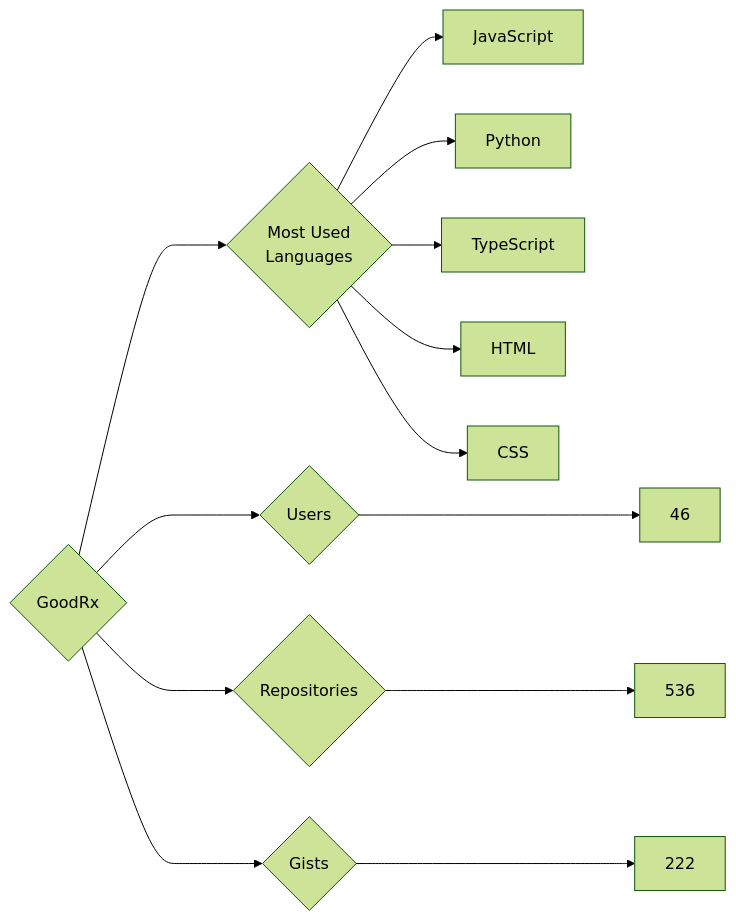
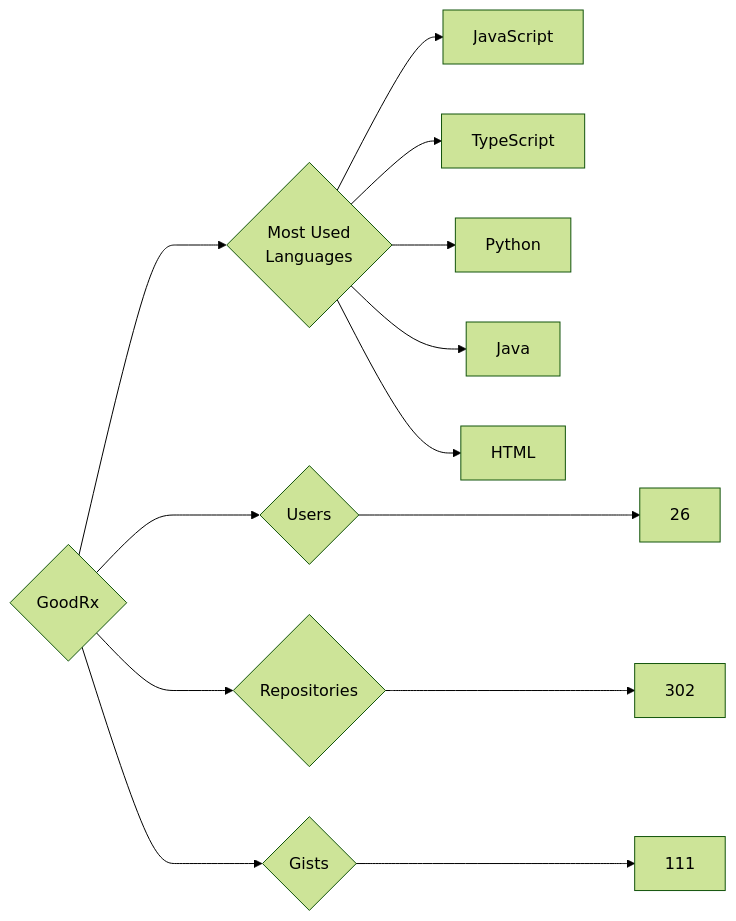
One commit to trickest/insiders changed the diagram in targets/GoodRx/README.md. Above: the diagram before and after it, drawn with Mermaid (forest theme). The commit also changed 633 other files, not shown here.

````diff
--- a/targets/GoodRx/README.md
+++ b/targets/GoodRx/README.md
@@ -3,13 +3,13 @@
 ```mermaid
 graph LR
 COMPANY_NAME{GoodRx}
-COMPANY_NAME ---> U{Users} ---> UN[46]
-COMPANY_NAME ---> R{Repositories} ---> RN[536]
-COMPANY_NAME ---> G{Gists} ---> GN[222]
+COMPANY_NAME ---> U{Users} ---> UN[26]
+COMPANY_NAME ---> R{Repositories} ---> RN[302]
+COMPANY_NAME ---> G{Gists} ---> GN[111]
 COMPANY_NAME ---> ML{Most Used<br>Languages}
 ML --> JavaScript[JavaScript]
+ML --> TypeScript[TypeScript]
 ML --> Python[Python]
-ML --> TypeScript[TypeScript]
+ML --> Java[Java]
 ML --> HTML[HTML]
-ML --> CSS[CSS]
 ```
````
